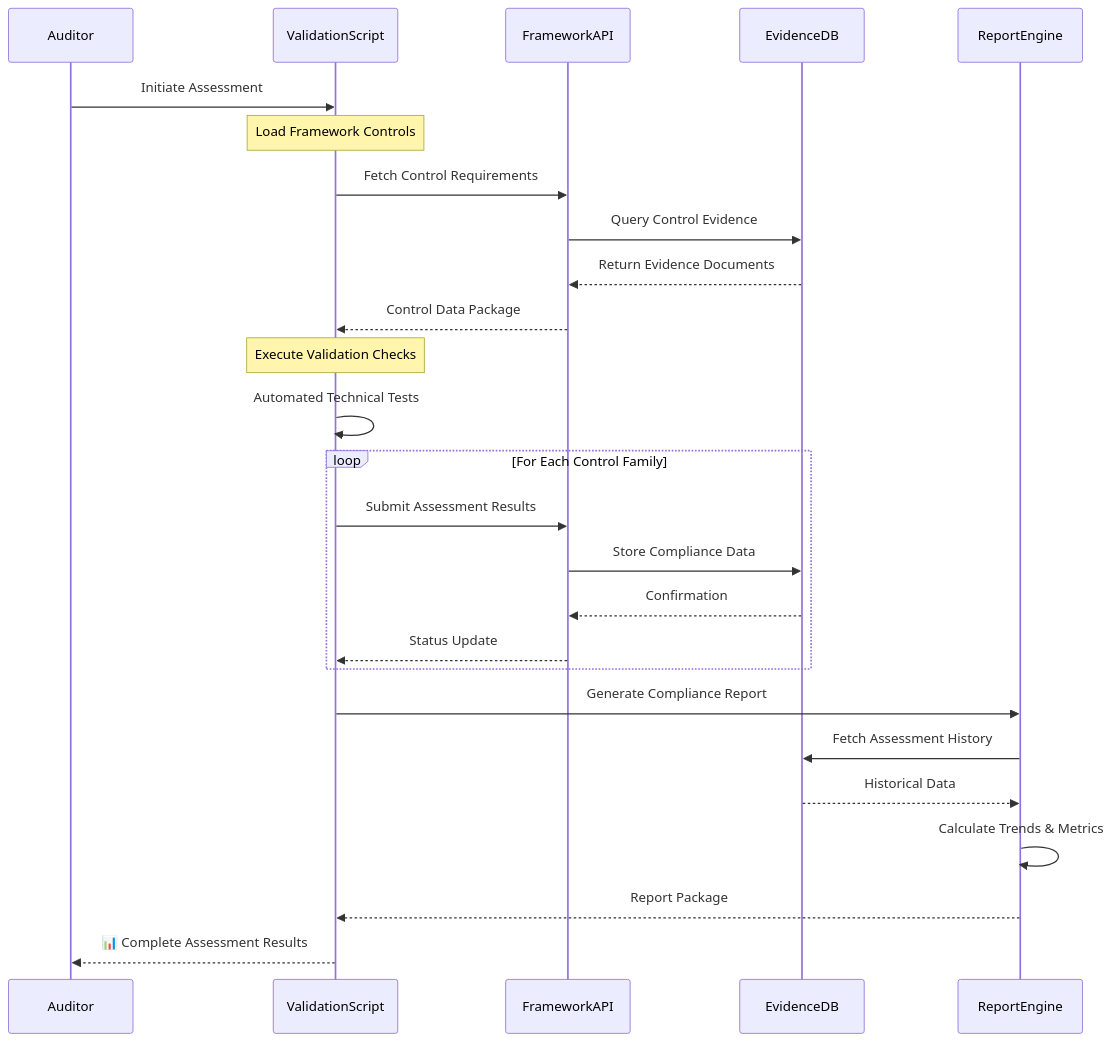
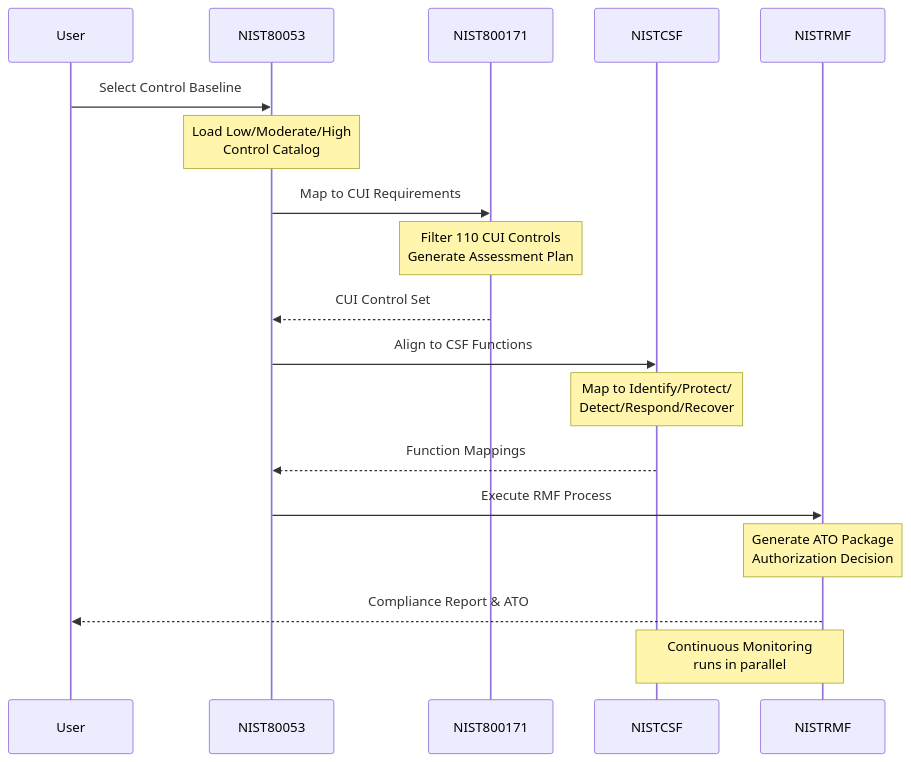
The third of 3 diagrams in security-compliance/nist-frameworks/README.md (Suren-Jewels/Scripts-Toolkit), drawn with Mermaid before and after one commit. The commit also changed other lines of this file, not shown here.

````diff
--- a/security-compliance/nist-frameworks/README.md
+++ b/security-compliance/nist-frameworks/README.md
@@ -218,34 +350,25 @@
 ```mermaid
 sequenceDiagram
-    participant Auditor
-    participant ValidationScript
-    participant FrameworkAPI
-    participant EvidenceDB
-    participant ReportEngine
+    participant User
+    participant NIST80053
+    participant NIST800171
+    participant NISTCSF
+    participant NISTRMF
     
-    Auditor->>ValidationScript: Initiate Assessment
-    Note over ValidationScript: Load Framework Controls
-    ValidationScript->>FrameworkAPI: Fetch Control Requirements
-    FrameworkAPI->>EvidenceDB: Query Control Evidence
-    EvidenceDB-->>FrameworkAPI: Return Evidence Documents
-    FrameworkAPI-->>ValidationScript: Control Data Package
+    User->>NIST80053: Select Control Baseline
+    Note over NIST80053: Load Low/Moderate/High<br/>Control Catalog
     
-    Note over ValidationScript: Execute Validation Checks
+    NIST80053->>NIST800171: Map to CUI Requirements
+    Note over NIST800171: Filter 110 CUI Controls<br/>Generate Assessment Plan
+    NIST800171-->>NIST80053: CUI Control Set
     
-    ValidationScript->>ValidationScript: Automated Technical Tests
+    NIST80053->>NISTCSF: Align to CSF Functions
+    Note over NISTCSF: Map to Identify/Protect/<br/>Detect/Respond/Recover
+    NISTCSF-->>NIST80053: Function Mappings
     
-    loop For Each Control Family
-        ValidationScript->>FrameworkAPI: Submit Assessment Results
-        FrameworkAPI->>EvidenceDB: Store Compliance Data
-        EvidenceDB-->>FrameworkAPI: Confirmation
-        FrameworkAPI-->>ValidationScript: Status Update
-    end
+    NIST80053->>NISTRMF: Execute RMF Process
+    Note over NISTRMF: Generate ATO Package<br/>Authorization Decision
+    NISTRMF-->>User: Compliance Report & ATO
     
-    ValidationScript->>ReportEngine: Generate Compliance Report
-    ReportEngine->>EvidenceDB: Fetch Assessment History
-    EvidenceDB-->>ReportEngine: Historical Data
-    ReportEngine->>ReportEngine: Calculate Trends & Metrics
-    ReportEngine-->>ValidationScript: Report Package
-    
-    ValidationScript-->>Auditor: 📊 Complete Assessment Results
+    Note over NISTCSF,NISTRMF: Continuous Monitoring<br/>runs in parallel
 ```
````
